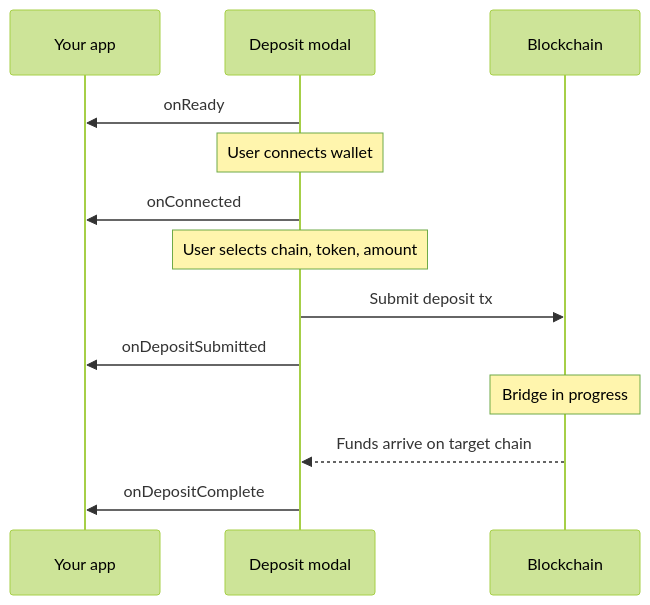
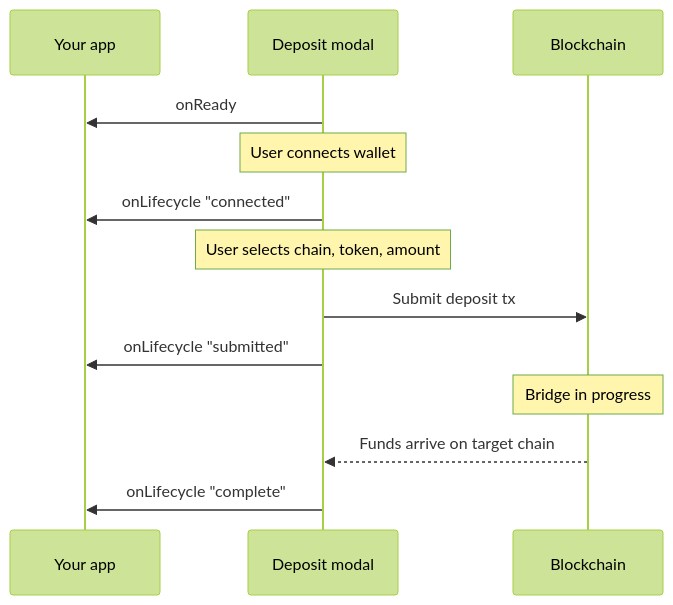
Before and after one commit to rhinestonewtf/docs: the diagram in deposits/widget/status-tracking.mdx, drawn with Mermaid (forest theme). The commit also changed other lines of this file and 7 other files, not shown here.

Commit message:
feat: add new deposit modal version and migration

````diff
--- a/deposits/widget/status-tracking.mdx
+++ b/deposits/widget/status-tracking.mdx
@@ -10,16 +12,16 @@
 ```mermaid actions={false}
 sequenceDiagram
     participant App as Your app
     participant Modal as Deposit modal
     participant Chain as Blockchain
 
     Modal->>App: onReady
     Note over Modal: User connects wallet
-    Modal->>App: onConnected
+    Modal->>App: onLifecycle "connected"
     Note over Modal: User selects chain, token, amount
     Modal->>Chain: Submit deposit tx
-    Modal->>App: onDepositSubmitted
+    Modal->>App: onLifecycle "submitted"
     Note over Chain: Bridge in progress
     Chain-->>Modal: Funds arrive on target chain
-    Modal->>App: onDepositComplete
+    Modal->>App: onLifecycle "complete"
 ```
````
